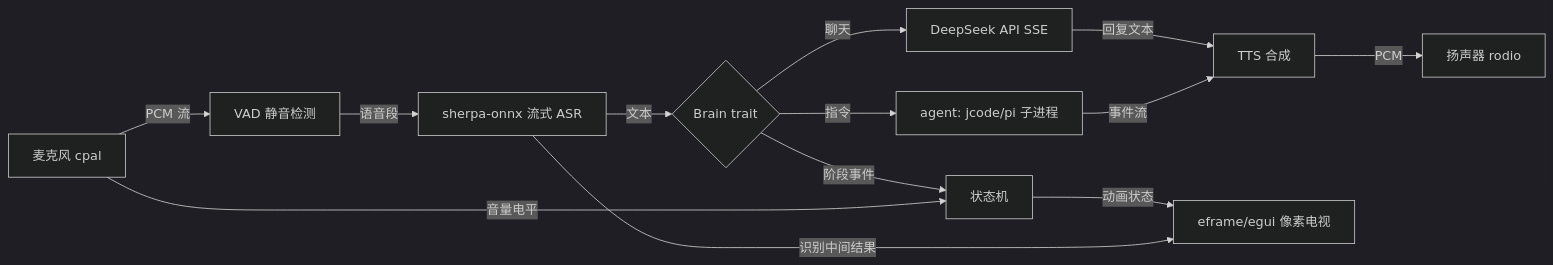
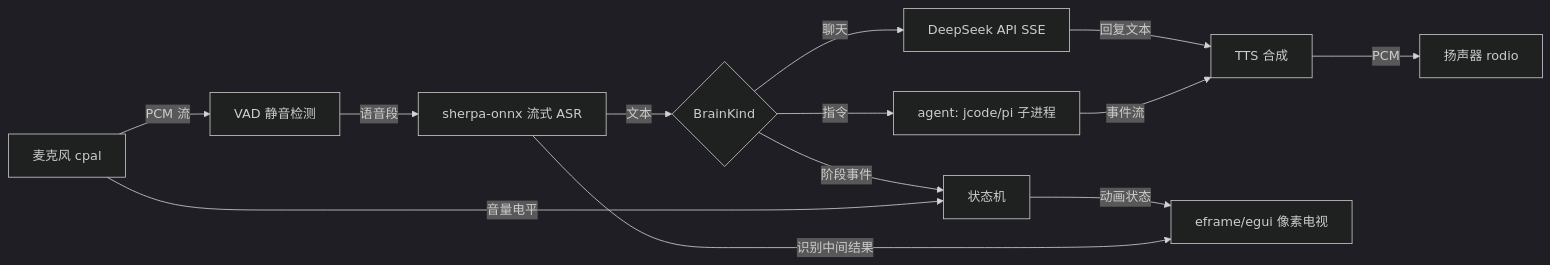
One commit to 3274375092/voxelf changed the diagram in PLAN.md. Above: the diagram before and after it, drawn with Mermaid (dark theme). The commit also changed other lines of this file, not shown here.

Commit message:
docs: PLAN.md 里程碑 M0-M2 标记完成, 图表 Brain trait→BrainKind

````diff
--- a/PLAN.md
+++ b/PLAN.md
@@ -7,15 +7,15 @@
 ```mermaid
 flowchart LR
     MIC[麦克风 cpal] -->|PCM 流| VAD[VAD 静音检测]
     VAD -->|语音段| ASR[sherpa-onnx 流式 ASR]
-    ASR -->|文本| BRAIN{Brain trait}
+    ASR -->|文本| BRAIN{BrainKind}
     BRAIN -->|聊天| DS[DeepSeek API SSE]
     BRAIN -->|指令| AG[agent: jcode/pi 子进程]
     DS -->|回复文本| TTS[TTS 合成]
     AG -->|事件流| TTS
     TTS -->|PCM| OUT[扬声器 rodio]
     BRAIN -->|阶段事件| SM[状态机]
     MIC -->|音量电平| SM
     SM -->|动画状态| UI[eframe/egui 像素电视]
     ASR -->|识别中间结果| UI
 ```
````
